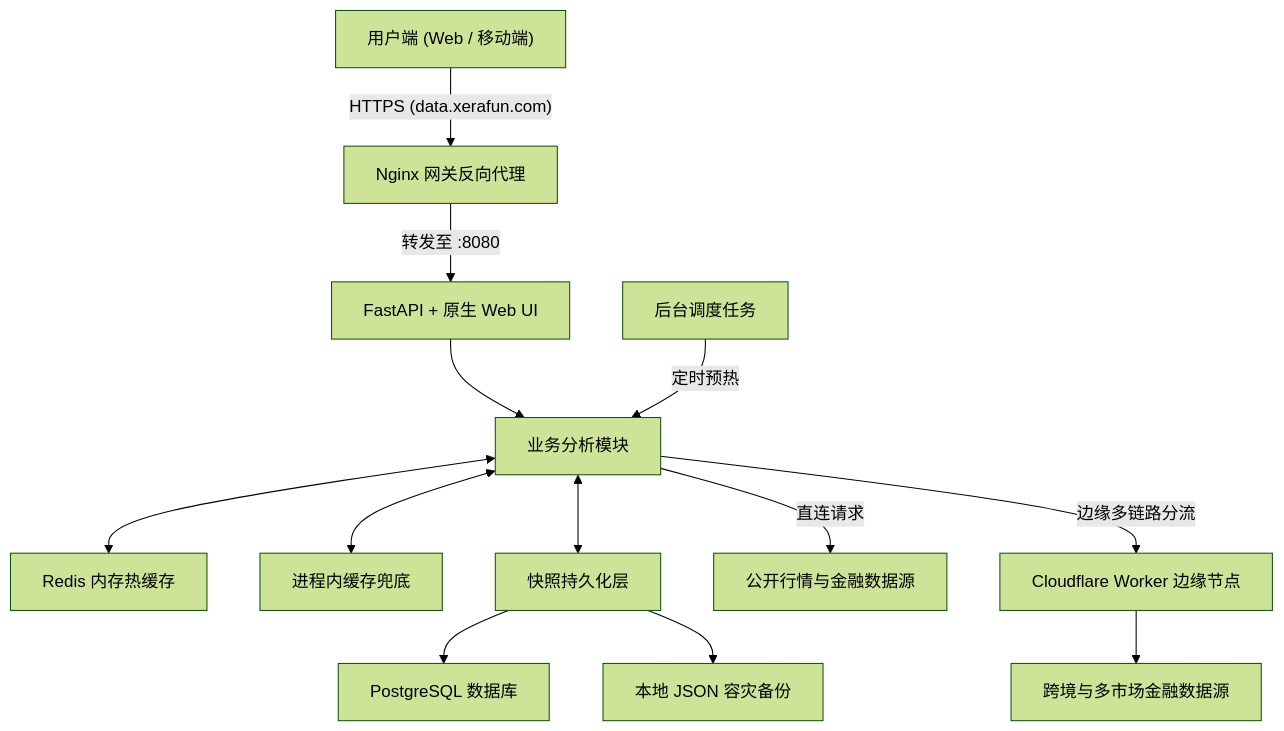
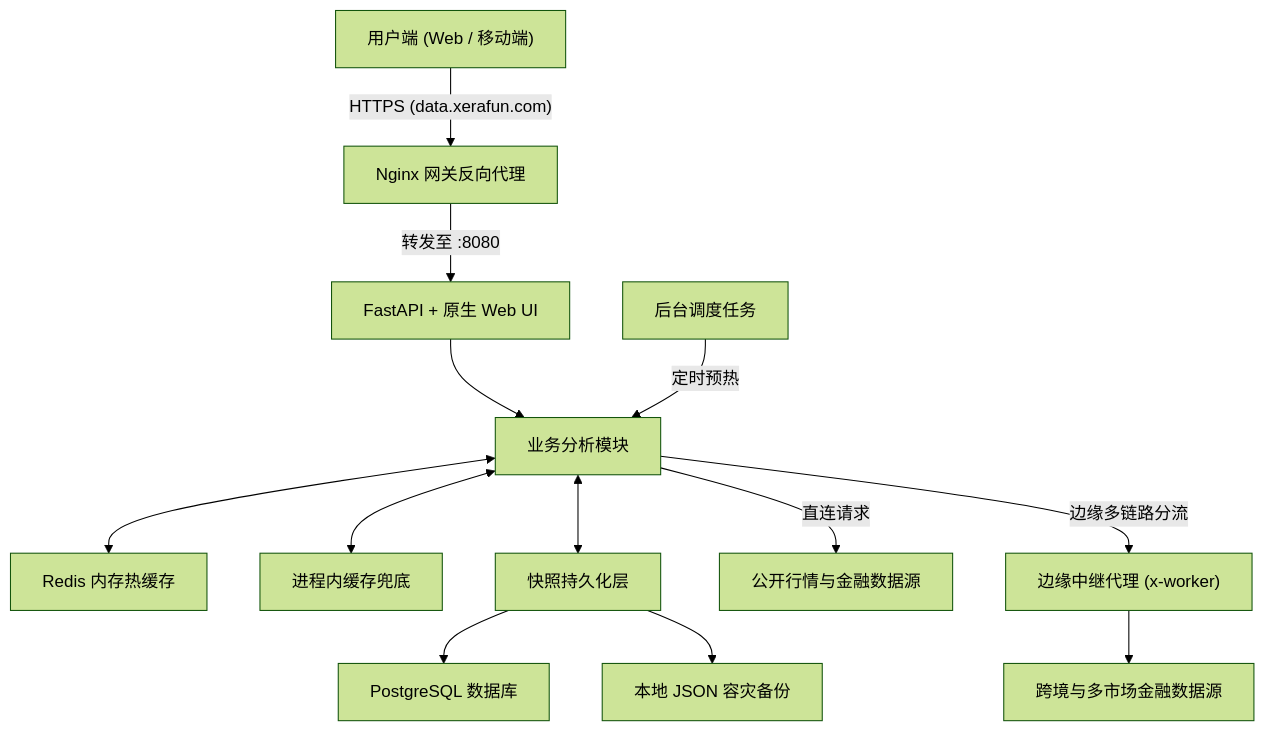
One commit to xerafun/x-data changed the diagram in README.md. Above: the diagram before and after it, drawn with Mermaid (forest theme). The commit also changed other lines of this file, not shown here.

Commit message:
docs: link companion open-source project x-worker in architecture and ecosystem

````diff
--- a/README.md
+++ b/README.md
@@ -24,17 +24,17 @@
 ```mermaid
 graph TD
     Client["用户端 (Web / 移动端)"] -->|"HTTPS (data.xerafun.com)"| Nginx["Nginx 网关反向代理"]
     Nginx -->|"转发至 :8080"| App["FastAPI + 原生 Web UI"]
 
     App --> Services["业务分析模块"]
     Scheduler["后台调度任务"] -->|"定时预热"| Services
 
     Services <--> Redis["Redis 内存热缓存"]
     Services <--> LocalCache["进程内缓存兜底"]
     Services <--> Snapshot["快照持久化层"]
     Snapshot --> Postgres["PostgreSQL 数据库"]
     Snapshot --> LocalJSON["本地 JSON 容灾备份"]
 
     Services -->|"直连请求"| Sources["公开行情与金融数据源"]
-    Services -->|"边缘多链路分流"| Worker["Cloudflare Worker 边缘节点"] --> FundSources["跨境与多市场金融数据源"]
+    Services -->|"边缘多链路分流"| Worker["边缘中继代理 (x-worker)"] --> FundSources["跨境与多市场金融数据源"]
 ```
````
